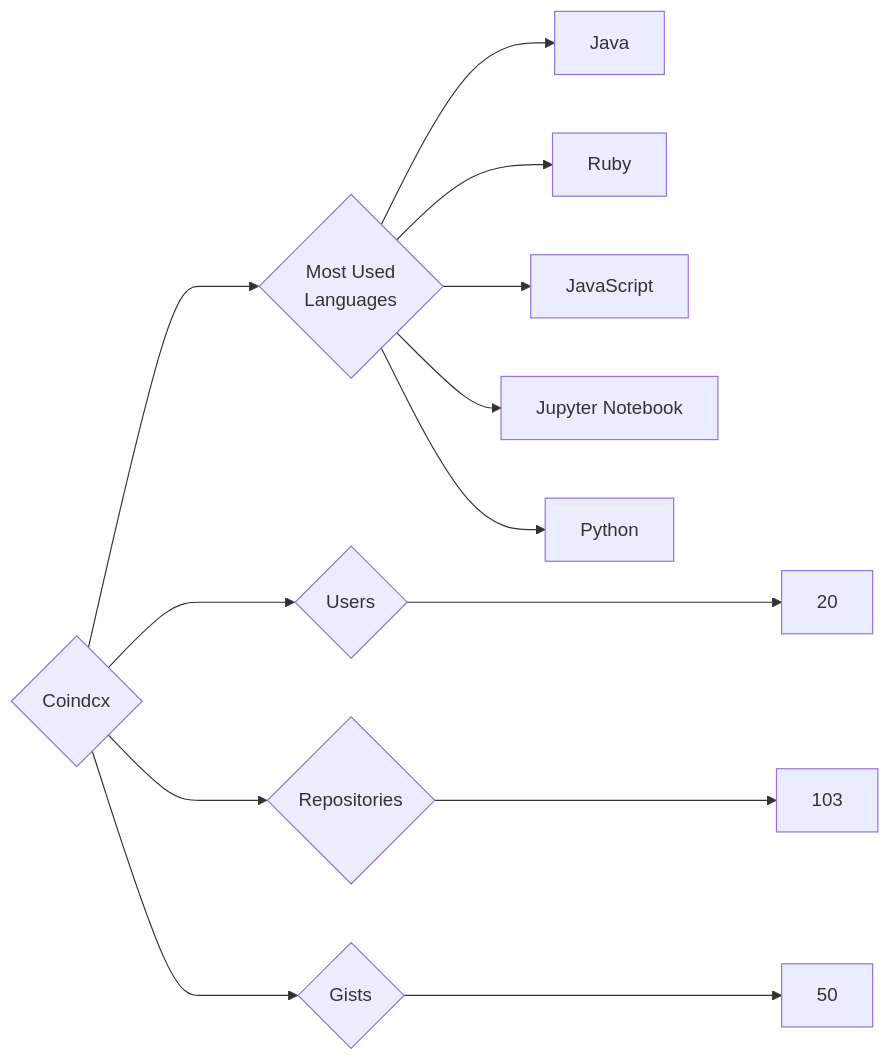
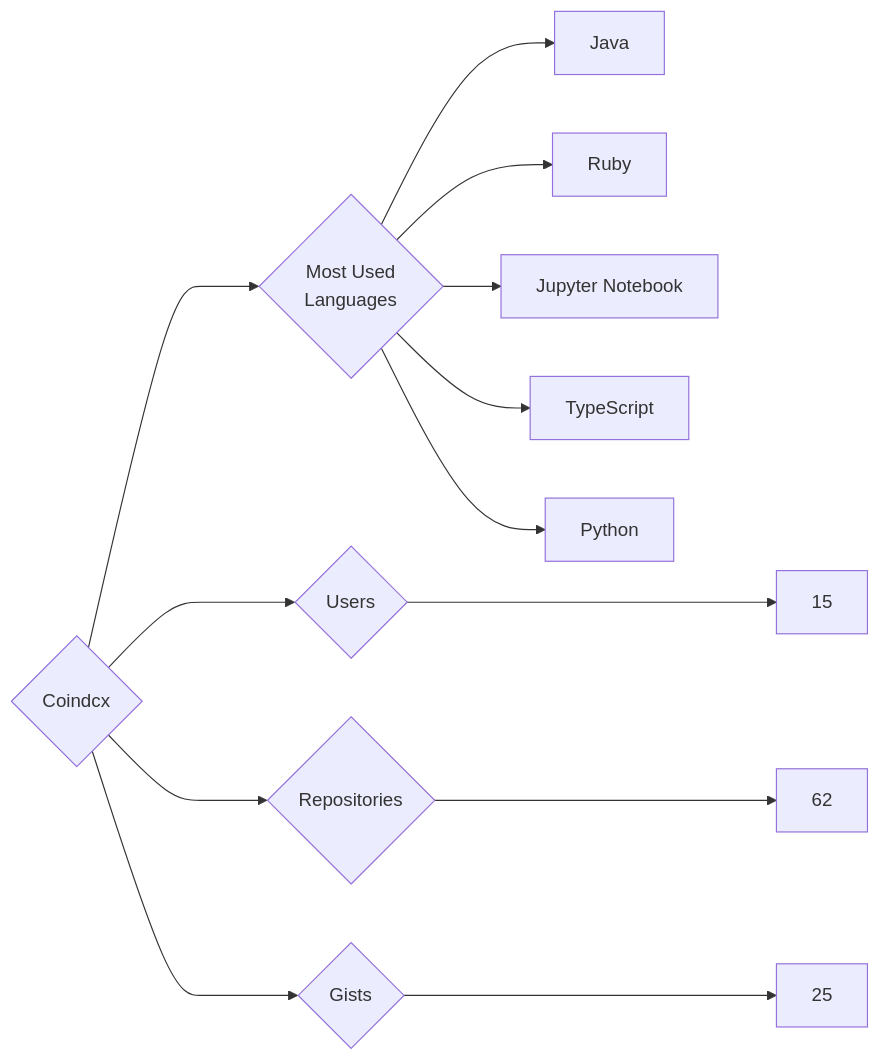
One commit to trickest/insiders changed the diagram in targets/Coindcx/README.md. Above: the diagram before and after it, drawn with Mermaid. The commit also changed 888 other files, not shown here.

````diff
--- a/targets/Coindcx/README.md
+++ b/targets/Coindcx/README.md
@@ -3,13 +3,13 @@
 ```mermaid
 graph LR
 COMPANY_NAME{Coindcx}
-COMPANY_NAME ---> U{Users} ---> UN[20]
-COMPANY_NAME ---> R{Repositories} ---> RN[103]
-COMPANY_NAME ---> G{Gists} ---> GN[50]
+COMPANY_NAME ---> U{Users} ---> UN[15]
+COMPANY_NAME ---> R{Repositories} ---> RN[62]
+COMPANY_NAME ---> G{Gists} ---> GN[25]
 COMPANY_NAME ---> ML{Most Used<br>Languages}
 ML --> Java[Java]
 ML --> Ruby[Ruby]
-ML --> JavaScript[JavaScript]
 ML --> Jupyter_Notebook[Jupyter Notebook]
+ML --> TypeScript[TypeScript]
 ML --> Python[Python]
 ```
````
